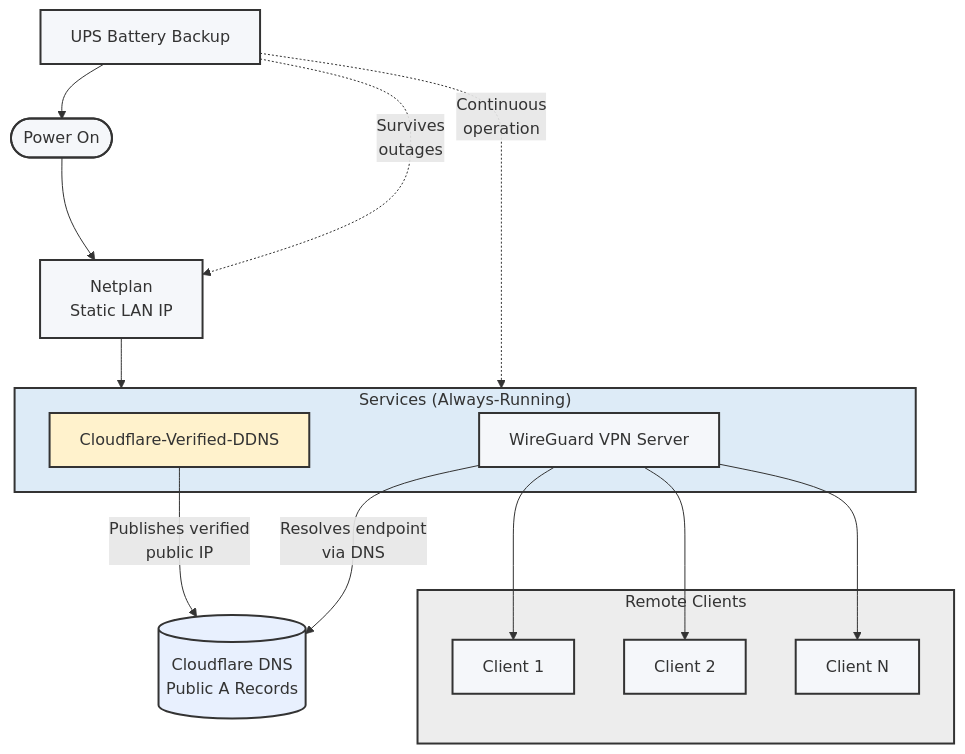
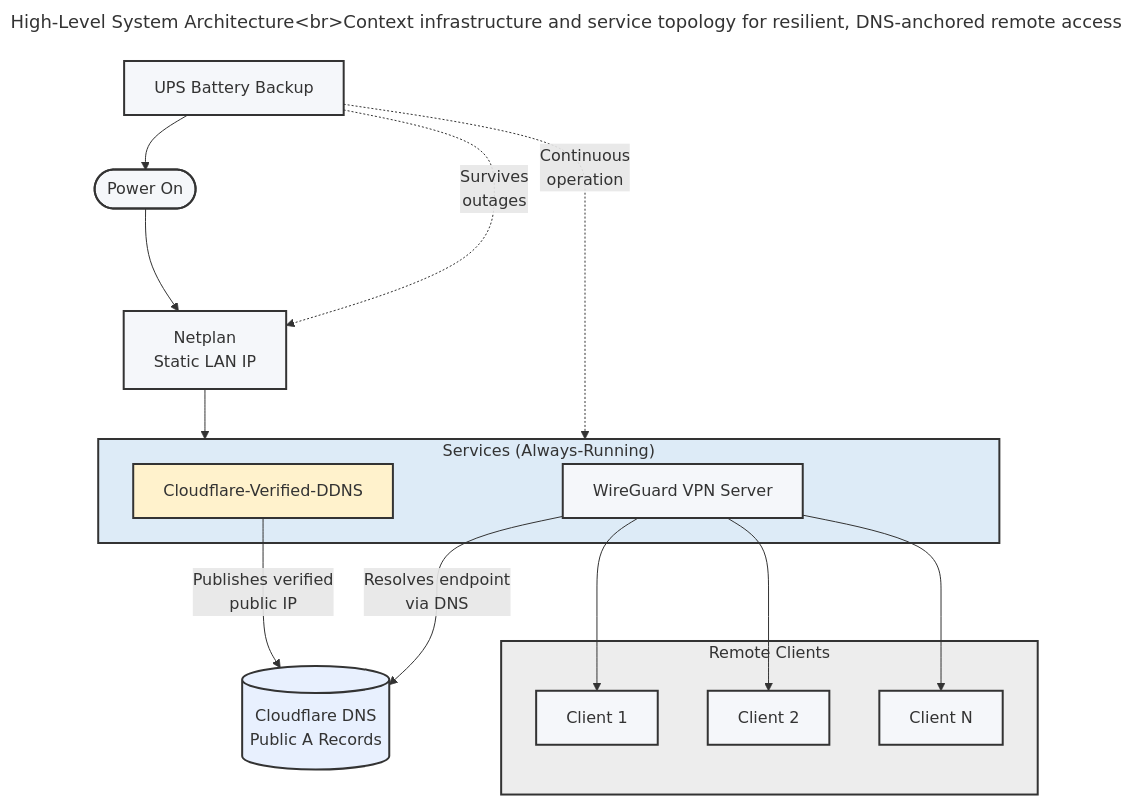
One commit to bkaewell/cloudflare-verified-ddns changed the diagram in docs/ARCHITECTURE.md. Above: the diagram before and after it, drawn with Mermaid. The commit also changed other lines of this file, not shown here.

Commit message:
Experimenting with mermaid diagrams

````diff
--- a/docs/ARCHITECTURE.md
+++ b/docs/ARCHITECTURE.md
@@ -5,55 +5,58 @@
 ```mermaid
+---
+title: High-Level System Architecture<br/>Context infrastructure and service topology for resilient, DNS-anchored remote access
+---
 flowchart TB
     %% Power & Init (Context)
     UPS[UPS Battery Backup]
     BOOT([Power On])
     NET[Netplan<br/>Static LAN IP]
 
     %% Cloudflare (External System of Record)
     CF[(Cloudflare DNS<br/>Public A Records)]
 
     %% Services
     subgraph SERVICES["Services (Always-Running)"]
         DDNS[Cloudflare-Verified-DDNS]
         WG[WireGuard VPN Server]
     end
 
     %% VPN Clients
     subgraph CLIENTS["Remote Clients"]
         C1[Client 1]
         C2[Client 2]
         CN[Client N]
     end
 
     %% Power & Boot Context
     UPS --> BOOT
     UPS -. "Survives<br/>outages" .-> NET
     UPS -. "Continuous<br/>operation" .-> SERVICES
 
     BOOT --> NET
     NET --> SERVICES
 
     %% DNS as Shared Contract
     DDNS -->|Publishes verified<br/>public IP| CF
     WG -->|Resolves endpoint<br/> via DNS| CF
 
     %% VPN Usage
     WG --> C1
     WG --> C2
     WG --> CN
 
     %% Repo Link
     click DDNS "https://github.com/bkaewell/cloudflare-verified-ddns" "Open Cloudflare-Verified-DDNS Repo"
     click WG "https://github.com/bkaewell/wireguard-setup" "Open WireGuard VPN Server Repo"
 
     %% Styling
     classDef neutral fill:#f5f7fa,stroke:#333,stroke-width:2px;
     classDef focus fill:#fff2cc,stroke:#333,stroke-width:2px;
     classDef cloud fill:#e8f0fe,stroke:#333,stroke-width:2px;
 
     class UPS,BOOT,NET,WG,C1,C2,CN neutral;
     class DDNS focus;
     class CF cloud;
     style SERVICES fill:#ddebf7,stroke:#333,stroke-width:2px;
     style CLIENTS fill:#ededed,stroke:#333,stroke-width:2px;
 ```
````
